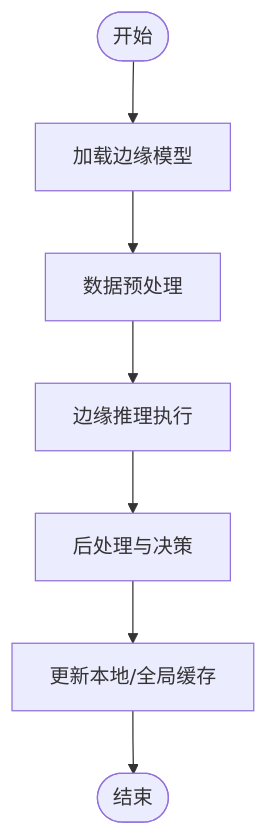
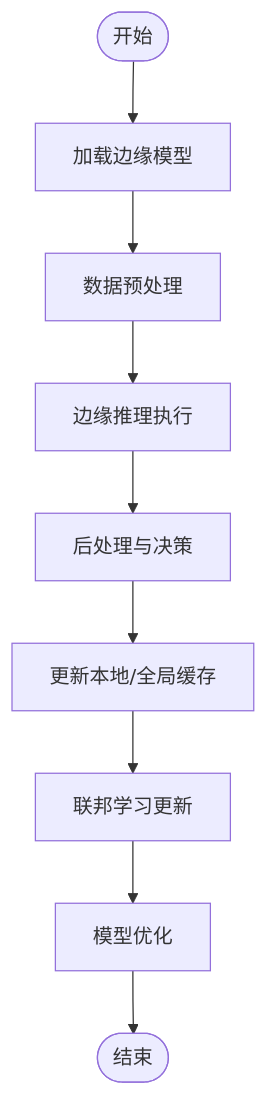
The fifth of 10 diagrams in .qoder/repowiki/zh/content/应用场景/边缘计算集成.md (allengaller/oran-database), drawn with Mermaid before and after one commit. The commit also changed other lines of this file and 32 other files, not shown here.

````diff
--- a/.qoder/repowiki/zh/content/应用场景/边缘计算集成.md
+++ b/.qoder/repowiki/zh/content/应用场景/边缘计算集成.md
@@ -198,9 +214,11 @@
 ```mermaid
 flowchart TD
 Start(["开始"]) --> LoadModel["加载边缘模型"]
 LoadModel --> Preprocess["数据预处理"]
 Preprocess --> Infer["边缘推理执行"]
 Infer --> Postprocess["后处理与决策"]
 Postprocess --> CacheUpdate["更新本地/全局缓存"]
-CacheUpdate --> End(["结束"])
+CacheUpdate --> FederatedLearn["联邦学习更新"]
+FederatedLearn --> ModelOptimize["模型优化"]
+ModelOptimize --> End(["结束"])
 ```
````
